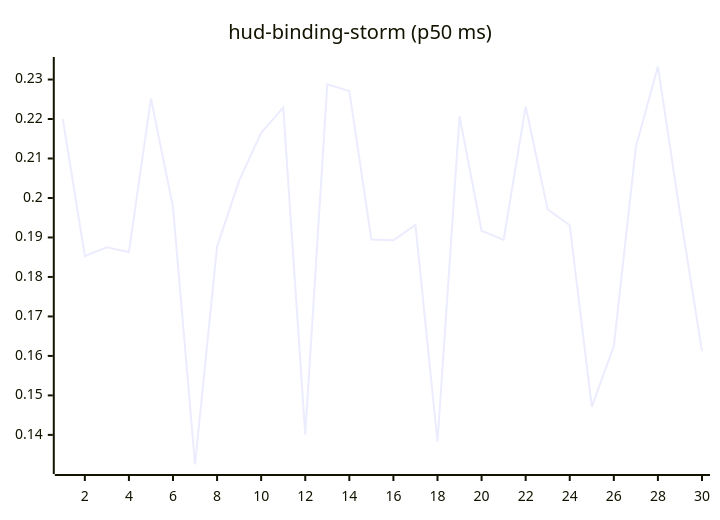
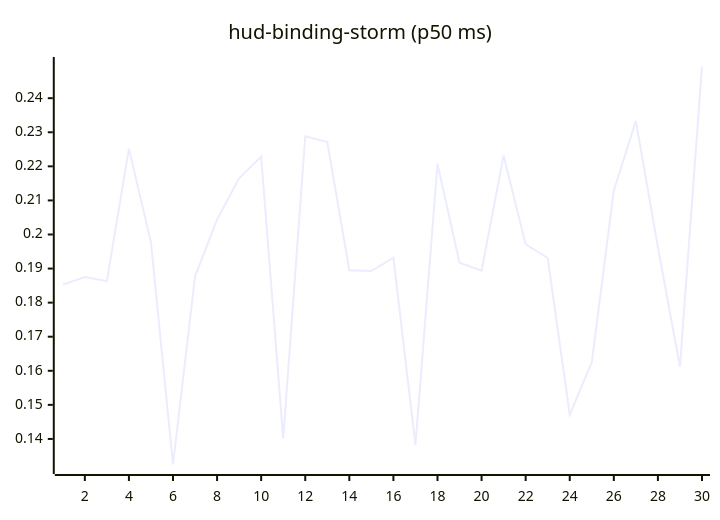
Before and after one commit to josha/Facet: the tenth of 27 diagrams in README.md, drawn with Mermaid. The commit also changed other lines of this file and 2 other files, not shown here.

````diff
--- a/README.md
+++ b/README.md
@@ -126,6 +126,6 @@
 ```mermaid
 xychart-beta
     title "hud-binding-storm (p50 ms)"
     x-axis 1 --> 30
-    line [0.2200, 0.1853, 0.1875, 0.1863, 0.2252, 0.1977, 0.1325, 0.1877, 0.2044, 0.2165, 0.2229, 0.1401, 0.2288, 0.2271, 0.1895, 0.1893, 0.1932, 0.1382, 0.2207, 0.1917, 0.1894, 0.2232, 0.1971, 0.1931, 0.1471, 0.1625, 0.2129, 0.2333, 0.1963, 0.1612]
+    line [0.1853, 0.1875, 0.1863, 0.2252, 0.1977, 0.1325, 0.1877, 0.2044, 0.2165, 0.2229, 0.1401, 0.2288, 0.2271, 0.1895, 0.1893, 0.1932, 0.1382, 0.2207, 0.1917, 0.1894, 0.2232, 0.1971, 0.1931, 0.1471, 0.1625, 0.2129, 0.2333, 0.1963, 0.1612, 0.2493]
 ```
````
